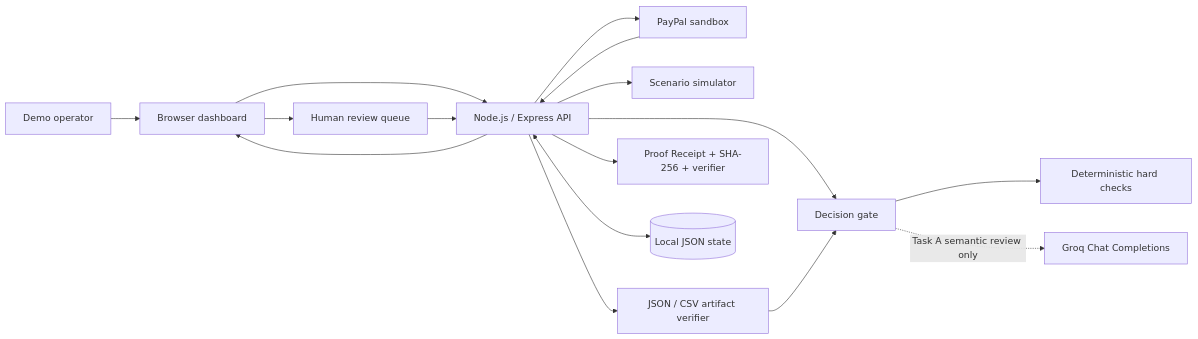
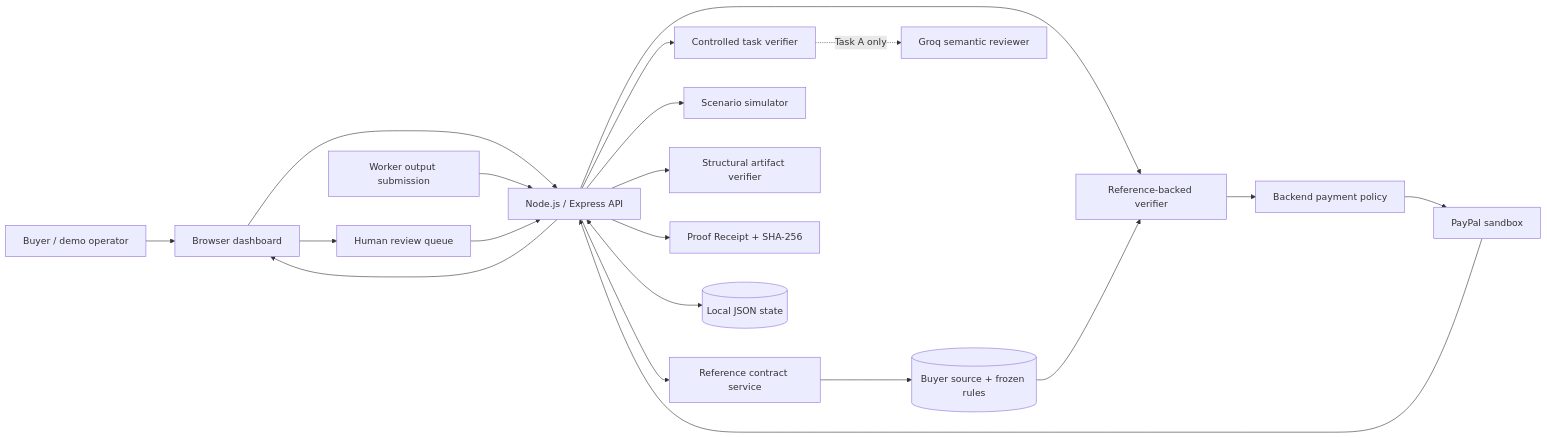
One commit to Pragnesh-10/pay-on-proof changed the diagram in docs/ARCHITECTURE.md. Above: the diagram before and after it, drawn with Mermaid. The commit also changed other lines of this file, not shown here.

Commit message:
Document reference-backed verification architecture

````diff
--- a/docs/ARCHITECTURE.md
+++ b/docs/ARCHITECTURE.md
@@ -5,18 +5,22 @@
 ```mermaid
 flowchart LR
-  U[Demo operator] --> UI[Browser dashboard]
+  BUYER[Buyer / demo operator] --> UI[Browser dashboard]
   UI --> API[Node.js / Express API]
-  API --> GATE[Decision gate]
-  GATE --> DET[Deterministic hard checks]
-  GATE -. Task A semantic review only .-> GROQ[Groq Chat Completions]
-  API --> PAYPAL[PayPal sandbox]
+  API --> CONTRACT[Reference contract service]
+  CONTRACT --> SOURCE[(Buyer source + frozen rules)]
+  WORKER[Worker output submission] --> API
+  API --> REF[Reference-backed verifier]
+  SOURCE --> REF
+  REF --> POLICY[Backend payment policy]
+  POLICY --> PAYPAL[PayPal sandbox]
+  API --> DET[Controlled task verifier]
+  DET -. Task A only .-> GROQ[Groq semantic reviewer]
   API --> SIM[Scenario simulator]
-  API --> ARTIFACT[JSON / CSV artifact verifier]
-  ARTIFACT --> GATE
-  API --> RECEIPT[Proof Receipt + SHA-256 + verifier]
+  API --> STRUCT[Structural artifact verifier]
+  API --> RECEIPT[Proof Receipt + SHA-256]
   UI --> REVIEW[Human review queue]
   REVIEW --> API
   API <--> STATE[(Local JSON state)]
   PAYPAL --> API
   API --> UI
 ```
````
